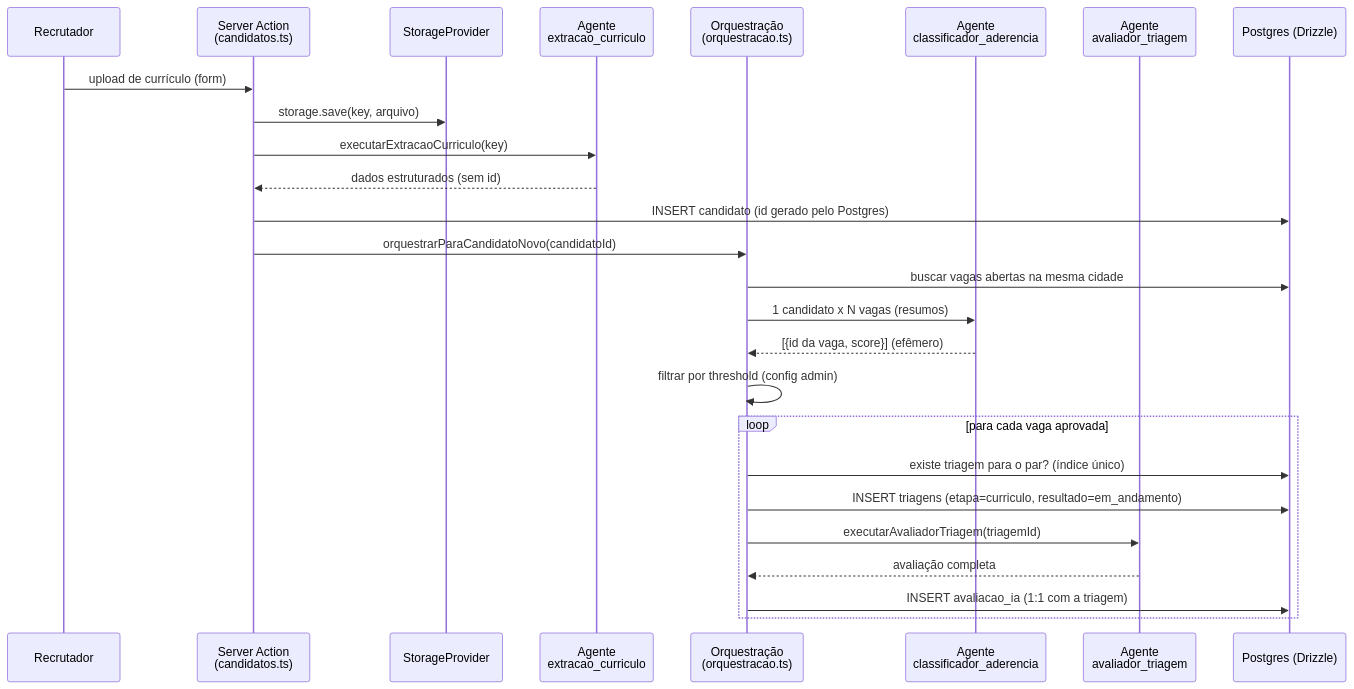
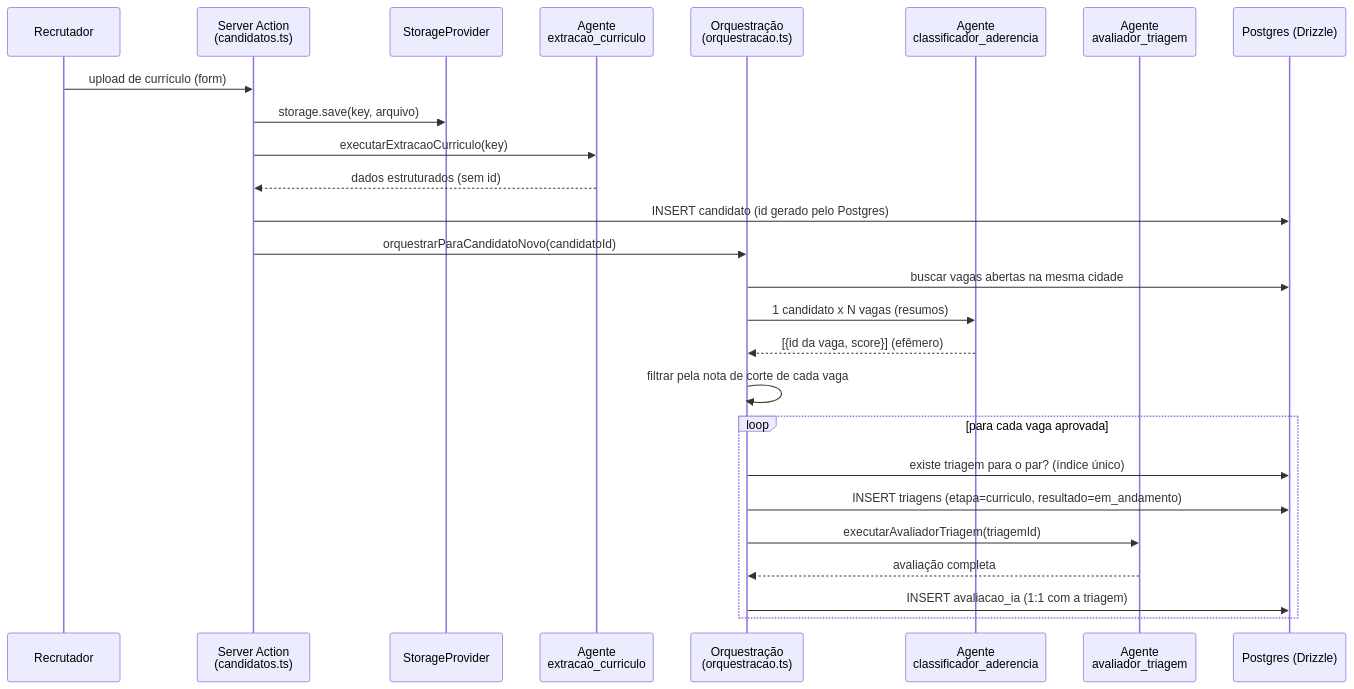
The diagram in TECHNICAL_WALKTHROUGH.md (gustavofsmkt/WGOTalent), drawn with Mermaid before and after one commit. The commit also changed other lines of this file and 25 other files, not shown here.

Commit message:
feat(vagas): configurar nota de corte por vaga

````diff
--- a/TECHNICAL_WALKTHROUGH.md
+++ b/TECHNICAL_WALKTHROUGH.md
@@ -281,31 +281,31 @@
 ```mermaid
 sequenceDiagram
     participant U as Recrutador
     participant A as Server Action<br/>(candidatos.ts)
     participant S as StorageProvider
     participant E as Agente<br/>extracao_curriculo
     participant O as Orquestração<br/>(orquestracao.ts)
     participant C as Agente<br/>classificador_aderencia
     participant AV as Agente<br/>avaliador_triagem
     participant DB as Postgres (Drizzle)
 
     U->>A: upload de currículo (form)
     A->>S: storage.save(key, arquivo)
     A->>E: executarExtracaoCurriculo(key)
     E-->>A: dados estruturados (sem id)
     A->>DB: INSERT candidato (id gerado pelo Postgres)
     A->>O: orquestrarParaCandidatoNovo(candidatoId)
 
     O->>DB: buscar vagas abertas na mesma cidade
     O->>C: 1 candidato x N vagas (resumos)
     C-->>O: [{id da vaga, score}] (efêmero)
-    O->>O: filtrar por threshold (config admin)
+    O->>O: filtrar pela nota de corte de cada vaga
 
     loop para cada vaga aprovada
         O->>DB: existe triagem para o par? (índice único)
         O->>DB: INSERT triagens (etapa=curriculo, resultado=em_andamento)
         O->>AV: executarAvaliadorTriagem(triagemId)
         AV-->>O: avaliação completa
         O->>DB: INSERT avaliacao_ia (1:1 com a triagem)
     end
 ```
````
